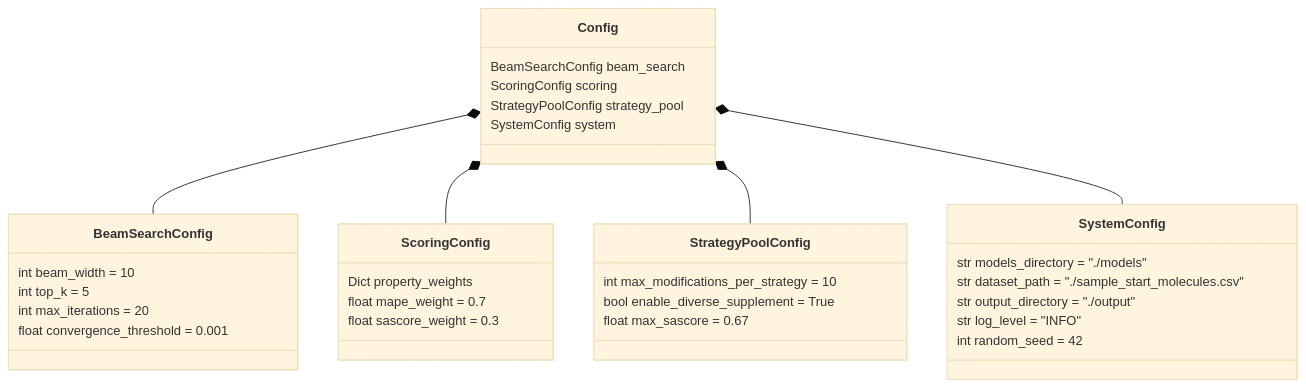
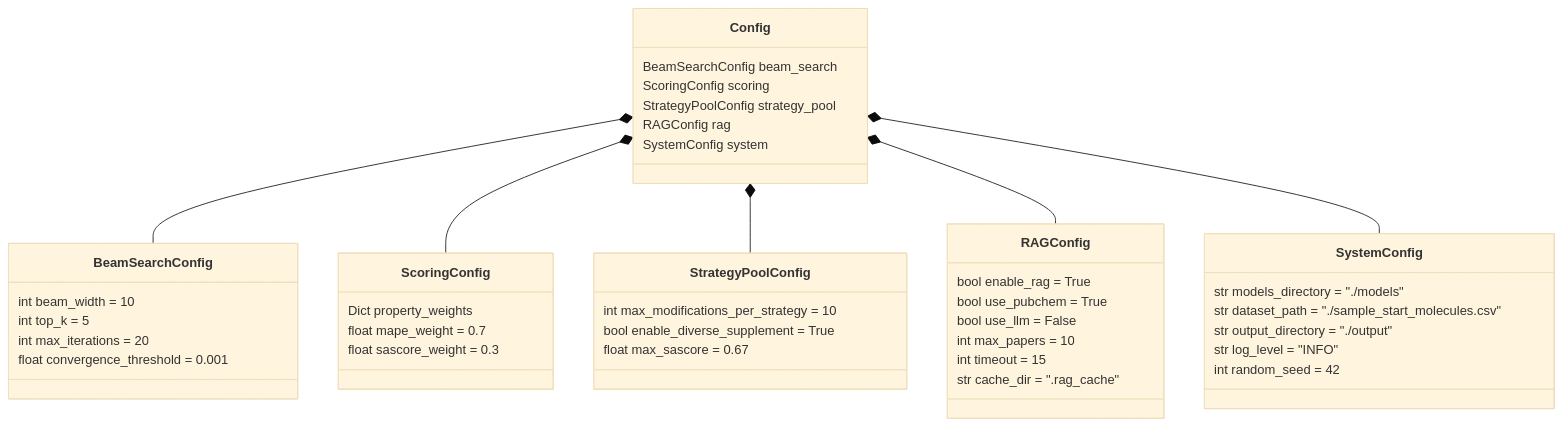
Diagram 17 of 19 in docs/system_design.md (josefberman/EnergeticGraph), drawn with Mermaid (base theme) before and after one commit. The commit also changed other lines of this file and 8 other files, not shown here.

Commit message:
feat: Add RAGConfig for Retrieval-Augmented Generation; integrate RAG property retrieval in ChemistAgent for enhanced property lookup from literature before ML prediction. Update system design documentation to reflect new RAG module and its workflow.

````diff
--- a/docs/system_design.md
+++ b/docs/system_design.md
@@ -653,41 +796,52 @@
 ```mermaid
 classDiagram
     class Config {
         BeamSearchConfig beam_search
         ScoringConfig scoring
         StrategyPoolConfig strategy_pool
+        RAGConfig rag
         SystemConfig system
     }
     
     class BeamSearchConfig {
         int beam_width = 10
         int top_k = 5
         int max_iterations = 20
         float convergence_threshold = 0.001
     }
     
     class ScoringConfig {
         Dict property_weights
         float mape_weight = 0.7
         float sascore_weight = 0.3
     }
     
     class StrategyPoolConfig {
         int max_modifications_per_strategy = 10
         bool enable_diverse_supplement = True
         float max_sascore = 0.67
     }
     
+    class RAGConfig {
+        bool enable_rag = True
+        bool use_pubchem = True
+        bool use_llm = False
+        int max_papers = 10
+        int timeout = 15
+        str cache_dir = ".rag_cache"
+    }
+    
     class SystemConfig {
         str models_directory = "./models"
         str dataset_path = "./sample_start_molecules.csv"
         str output_directory = "./output"
         str log_level = "INFO"
         int random_seed = 42
     }
     
     Config *-- BeamSearchConfig
     Config *-- ScoringConfig
     Config *-- StrategyPoolConfig
+    Config *-- RAGConfig
     Config *-- SystemConfig
 ```
````
